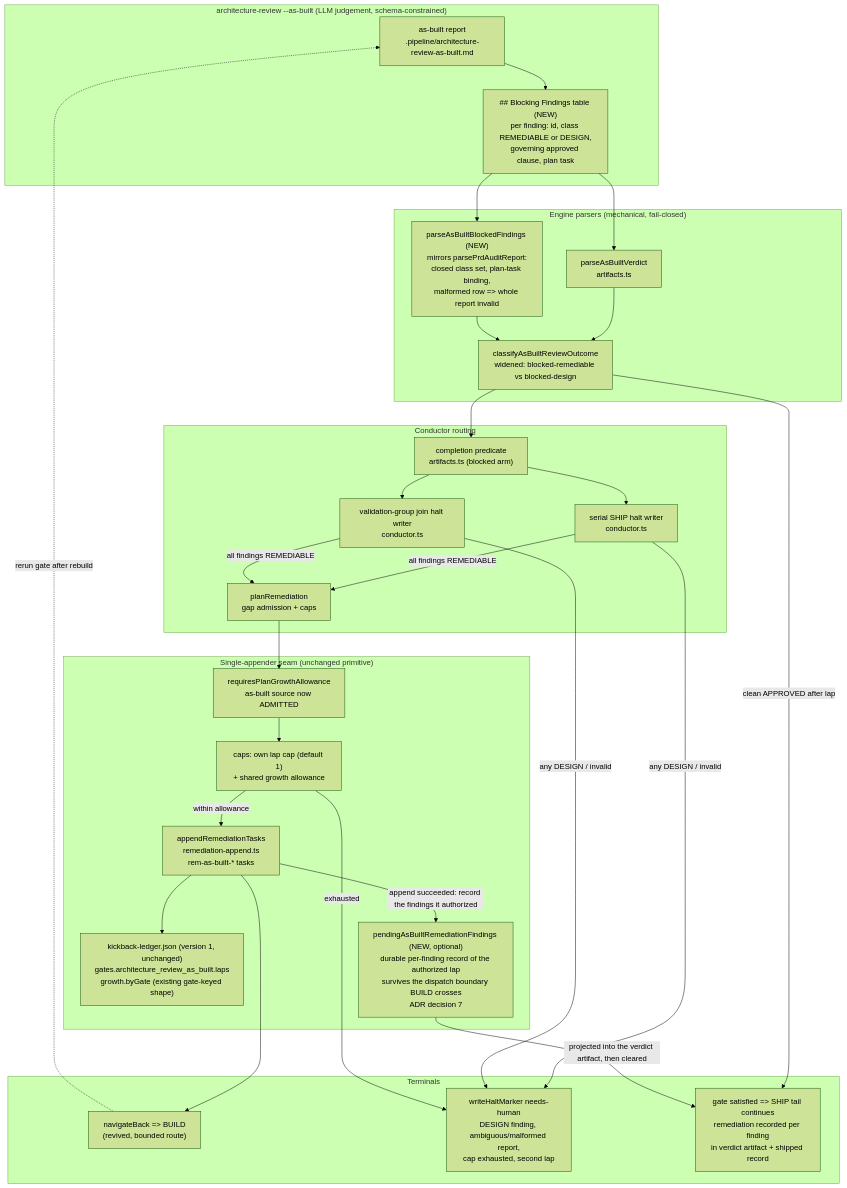
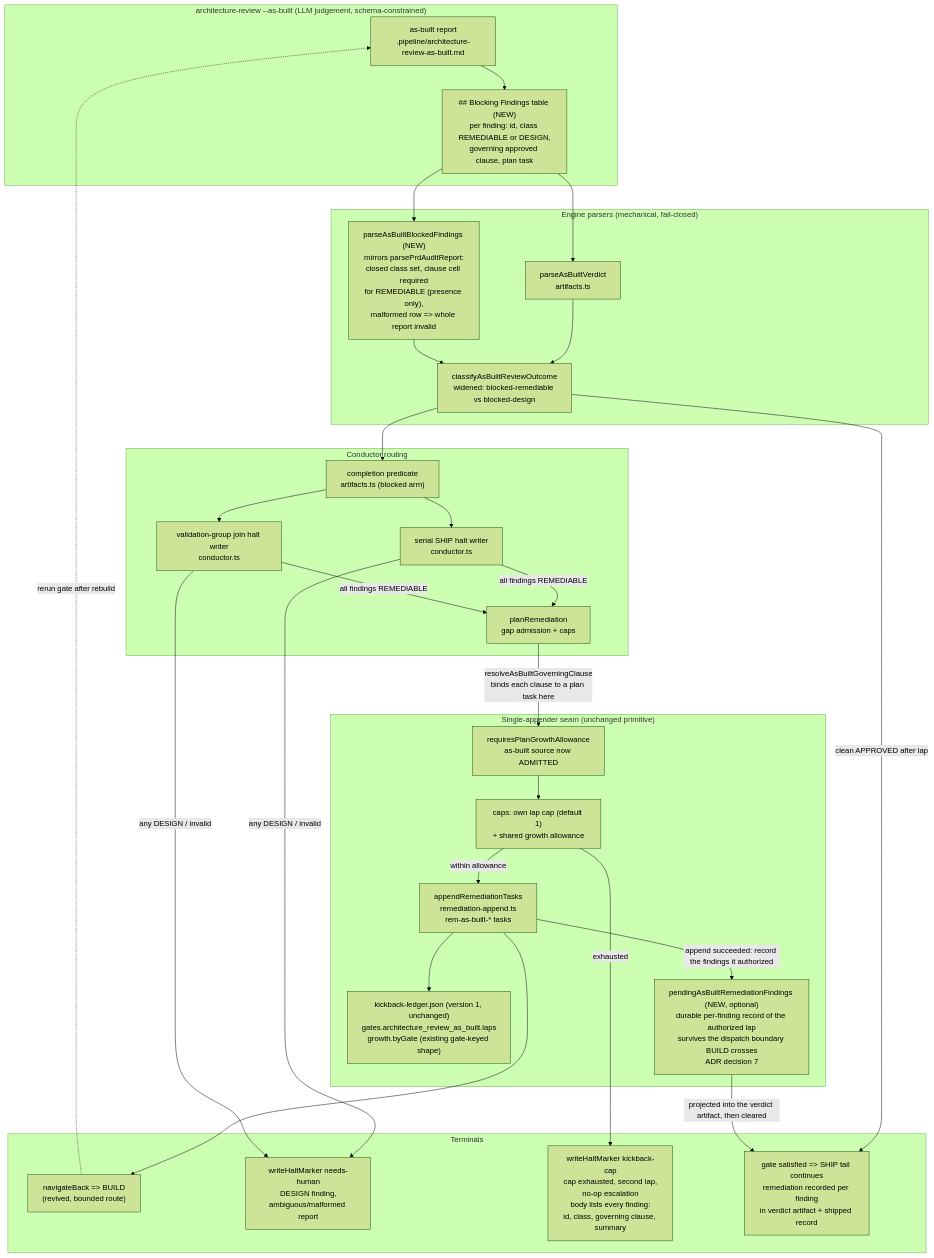
Before and after one commit to jstoup111/ai-conductor: the diagram in .docs/architecture/every-as-built-blocked-verdict-halts-needs-human-i.md, drawn with Mermaid (forest theme). The commit also changed other lines of this file and 3 other files, not shown here.

First line of the commit message:
fix(as-built): cap terminals carry their finding listing

````diff
--- a/.docs/architecture/every-as-built-blocked-verdict-halts-needs-human-i.md
+++ b/.docs/architecture/every-as-built-blocked-verdict-halts-needs-human-i.md
@@ -11,53 +12,54 @@
 ```mermaid
 graph TD
     subgraph Skill["architecture-review --as-built (LLM judgement, schema-constrained)"]
         REPORT["as-built report<br/>.pipeline/architecture-review-as-built.md"]
         FTABLE["## Blocking Findings table (NEW)<br/>per finding: id, class REMEDIABLE or DESIGN,<br/>governing approved clause, plan task"]
         REPORT --> FTABLE
     end
 
     subgraph Parser["Engine parsers (mechanical, fail-closed)"]
         PV["parseAsBuiltVerdict<br/>artifacts.ts"]
-        PF["parseAsBuiltBlockedFindings (NEW)<br/>mirrors parsePrdAuditReport:<br/>closed class set, plan-task binding,<br/>malformed row => whole report invalid"]
+        PF["parseAsBuiltBlockedFindings (NEW)<br/>mirrors parsePrdAuditReport:<br/>closed class set, clause cell required<br/>for REMEDIABLE (presence only),<br/>malformed row => whole report invalid"]
         CLS["classifyAsBuiltReviewOutcome<br/>widened: blocked-remediable vs blocked-design"]
     end
 
     subgraph Routing["Conductor routing"]
         COMP["completion predicate<br/>artifacts.ts (blocked arm)"]
         SERIAL["serial SHIP halt writer<br/>conductor.ts"]
         GROUP["validation-group join halt writer<br/>conductor.ts"]
         PR["planRemediation<br/>gap admission + caps"]
     end
 
     subgraph Appender["Single-appender seam (unchanged primitive)"]
         ALLOW["requiresPlanGrowthAllowance<br/>as-built source now ADMITTED"]
         APPEND["appendRemediationTasks<br/>remediation-append.ts<br/>rem-as-built-* tasks"]
         LEDGER["kickback-ledger.json (version 1, unchanged)<br/>gates.architecture_review_as_built.laps<br/>growth.byGate (existing gate-keyed shape)"]
         PENDING["pendingAsBuiltRemediationFindings (NEW, optional)<br/>durable per-finding record of the authorized lap<br/>survives the dispatch boundary BUILD crosses<br/>ADR decision 7"]
         CAPS["caps: own lap cap (default 1)<br/>+ shared growth allowance"]
     end
 
     subgraph Terminals["Terminals"]
         BUILD["navigateBack => BUILD<br/>(revived, bounded route)"]
-        HALT["writeHaltMarker needs-human<br/>DESIGN finding, ambiguous/malformed report,<br/>cap exhausted, second lap"]
+        HALT["writeHaltMarker needs-human<br/>DESIGN finding,<br/>ambiguous/malformed report"]
+        CAPHALT["writeHaltMarker kickback-cap<br/>cap exhausted, second lap,<br/>no-op escalation<br/>body lists every finding:<br/>id, class, governing clause, summary"]
         SHIP["gate satisfied => SHIP tail continues<br/>remediation recorded per finding<br/>in verdict artifact + shipped record"]
     end
 
     FTABLE --> PV --> CLS
     FTABLE --> PF --> CLS
     CLS --> COMP
     COMP --> SERIAL
     COMP --> GROUP
     SERIAL -->|all findings REMEDIABLE| PR
     GROUP -->|all findings REMEDIABLE| PR
     SERIAL -->|any DESIGN / invalid| HALT
     GROUP -->|any DESIGN / invalid| HALT
-    PR --> ALLOW --> CAPS
+    PR -->|"resolveAsBuiltGoverningClause<br/>binds each clause to a plan task here"| ALLOW --> CAPS
     CAPS -->|within allowance| APPEND --> LEDGER
     APPEND -->|append succeeded: record the findings it authorized| PENDING
     APPEND --> BUILD
-    CAPS -->|exhausted| HALT
+    CAPS -->|exhausted| CAPHALT
     BUILD -.->|rerun gate after rebuild| REPORT
     CLS -->|clean APPROVED after lap| SHIP
     PENDING -->|projected into the verdict artifact, then cleared| SHIP
 ```
````
